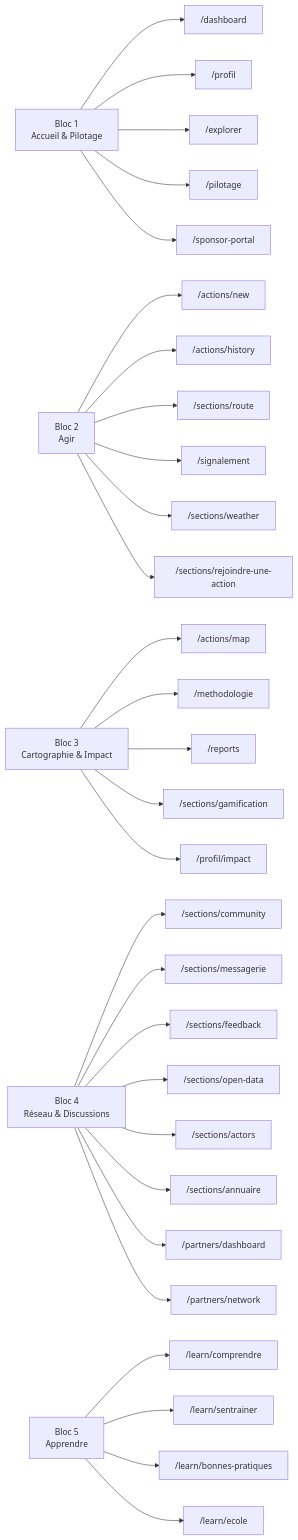
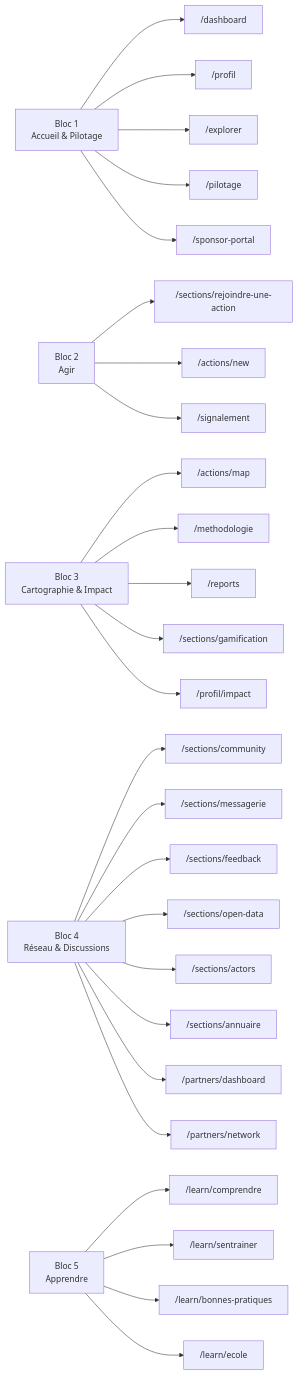
One commit to maxd4/CleanmyMap changed the diagram in documentation/product/matrice-rubriques.md. Above: the diagram before and after it, drawn with Mermaid. The commit also changed other lines of this file and 24 other files, not shown here.

````diff
--- a/documentation/product/matrice-rubriques.md
+++ b/documentation/product/matrice-rubriques.md
@@ -5,41 +5,38 @@
 ```mermaid
 flowchart LR
   B1["Bloc 1\nAccueil & Pilotage"]
   B2["Bloc 2\nAgir"]
   B3["Bloc 3\nCartographie & Impact"]
   B4["Bloc 4\nRéseau & Discussions"]
   B5["Bloc 5\nApprendre"]
 
   B1 --> DASH["/dashboard"]
   B1 --> PROFIL["/profil"]
   B1 --> EXPLORER["/explorer"]
   B1 --> PIL["/pilotage"]
   B1 --> SPONSOR["/sponsor-portal"]
 
+  B2 --> FORM["/sections/rejoindre-une-action"]
   B2 --> NEW["/actions/new"]
-  B2 --> HISTORY["/actions/history"]
-  B2 --> ROUTE["/sections/route"]
   B2 --> SIGNAL["/signalement"]
-  B2 --> METEO["/sections/weather"]
-  B2 --> FORM["/sections/rejoindre-une-action"]
 
   B3 --> MAP["/actions/map"]
   B3 --> METHODO["/methodologie"]
   B3 --> REP["/reports"]
   B3 --> BADGES["/sections/gamification"]
   B3 --> IMPACT["/profil/impact"]
 
   B4 --> COMM["/sections/community"]
   B4 --> MSG["/sections/messagerie"]
   B4 --> FEEDBACK["/sections/feedback"]
   B4 --> OPENDATA["/sections/open-data"]
   B4 --> ACTORS["/sections/actors"]
   B4 --> ANNUAIRE["/sections/annuaire"]
   B4 --> PARTNERS["/partners/dashboard"]
   B4 --> PARTNERS_ALIAS["/partners/network"]
 
   B5 --> COMPRENDRE["/learn/comprendre"]
   B5 --> QUIZ["/learn/sentrainer"]
   B5 --> PRATIQUES["/learn/bonnes-pratiques"]
   B5 --> ECOLE["/learn/ecole"]
 ```
````
